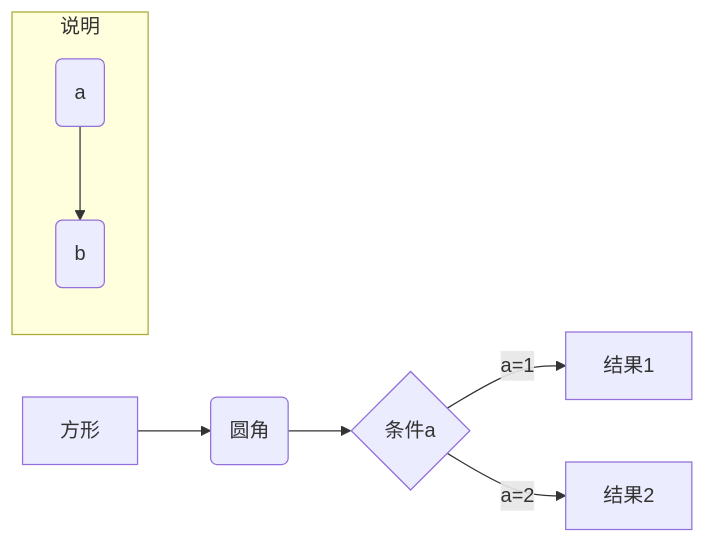
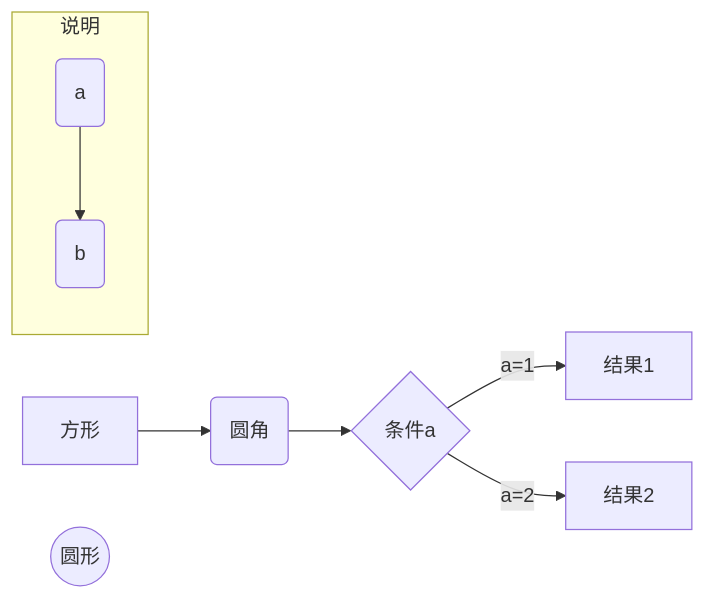
Before and after one commit to LiamLea/notes: the first of 2 diagrams in others/2020-02/markdown.md, drawn with Mermaid. The commit also changed other lines of this file and 25 other files, not shown here.

````diff
--- a/others/2020-02/markdown.md
+++ b/others/2020-02/markdown.md
@@ -149,12 +150,14 @@
 ```mermaid
 graph LR
 A["方形"] --> B("圆角")
 B --> C{"条件a"}
 C --"a=1"-->D["结果1"]
 C --"a=2"-->E["结果2"]
 
 subgraph 说明
   F("a")-->G("b")
 end
 
+yuan(("圆形"))
+
 ```
````
